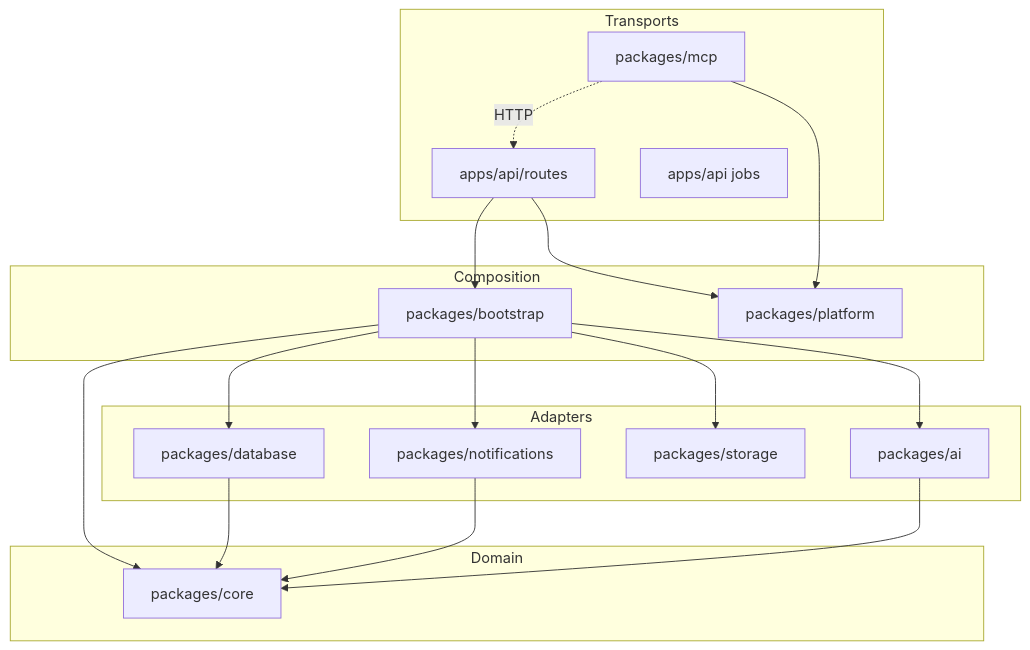
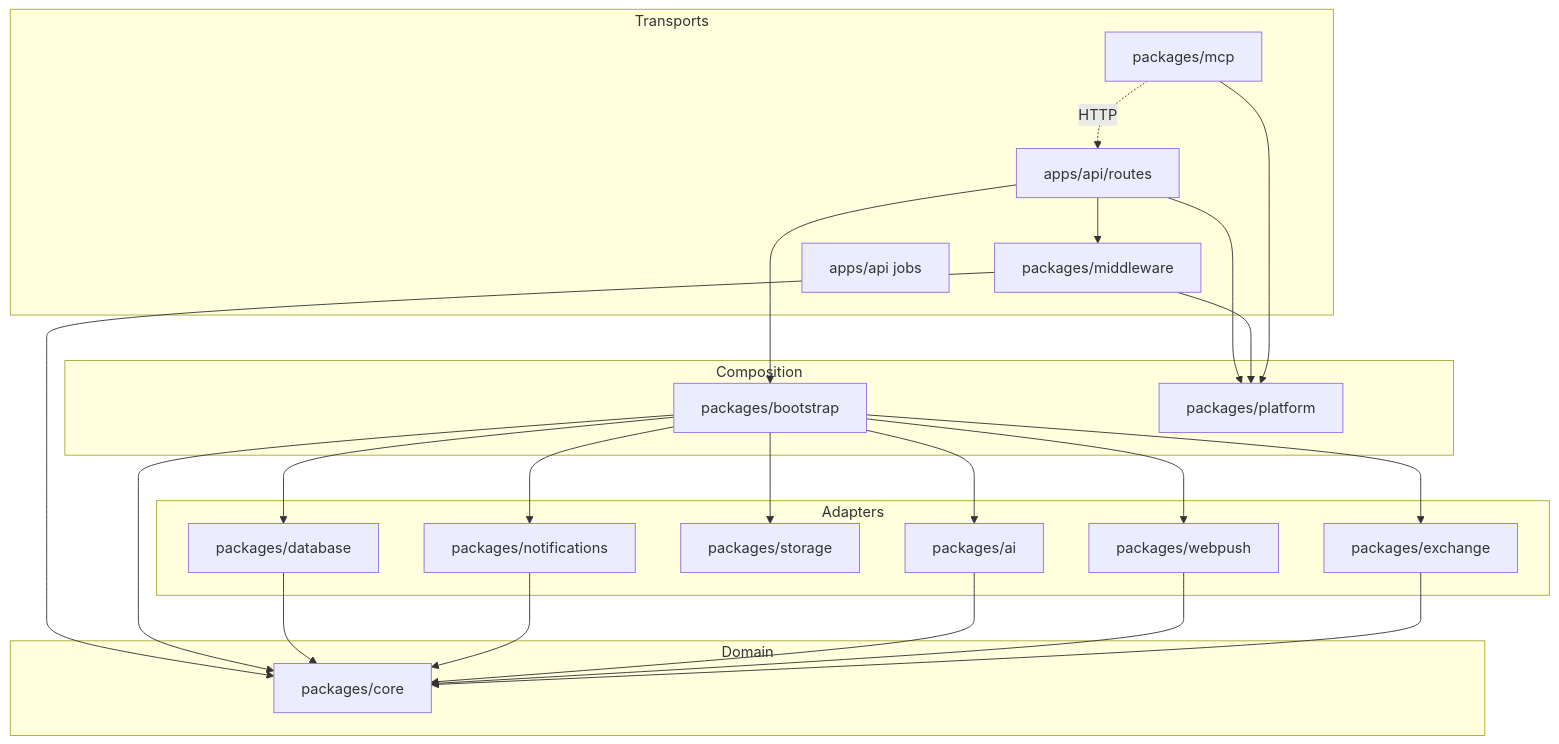
The diagram in docs/adr/001-domain-driven-design.md (Hostworthy/SplitSpends), drawn with Mermaid before and after one commit. The commit also changed other lines of this file and 2 other files, not shown here.

First line of the commit message:
Bring ADR-001 in line with the packages and the architecture tests (DOCS-04)

````diff
--- a/docs/adr/001-domain-driven-design.md
+++ b/docs/adr/001-domain-driven-design.md
@@ -15,33 +15,43 @@
 ```mermaid
 flowchart TB
   subgraph transports [Transports]
     API[apps/api/routes]
+    MW[packages/middleware]
     MCP[packages/mcp]
     Jobs[apps/api jobs]
   end
   subgraph composition [Composition]
     Boot[packages/bootstrap]
     Plat[packages/platform]
   end
   subgraph domain [Domain]
     Core[packages/core]
   end
   subgraph adapters [Adapters]
     DB[packages/database]
     Mail[packages/notifications]
     Store[packages/storage]
     AI[packages/ai]
+    Push[packages/webpush]
+    FX[packages/exchange]
   end
   API --> Boot
+  API --> MW
   API --> Plat
+  MW --> Core
+  MW --> Plat
   MCP --> Plat
   MCP -. HTTP .-> API
   Boot --> Core
   Boot --> DB
   Boot --> Mail
   Boot --> Store
   Boot --> AI
+  Boot --> Push
+  Boot --> FX
   DB --> Core
   Mail --> Core
   AI --> Core
+  Push --> Core
+  FX --> Core
 ```
````
